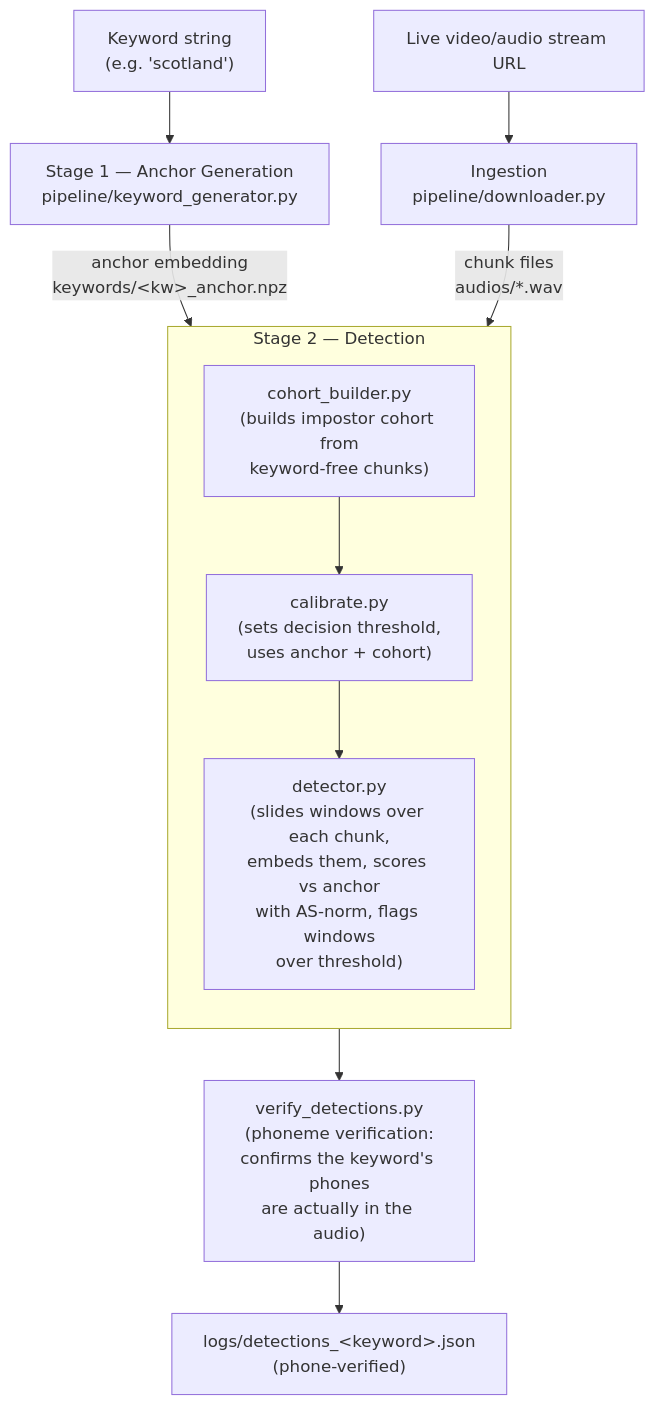
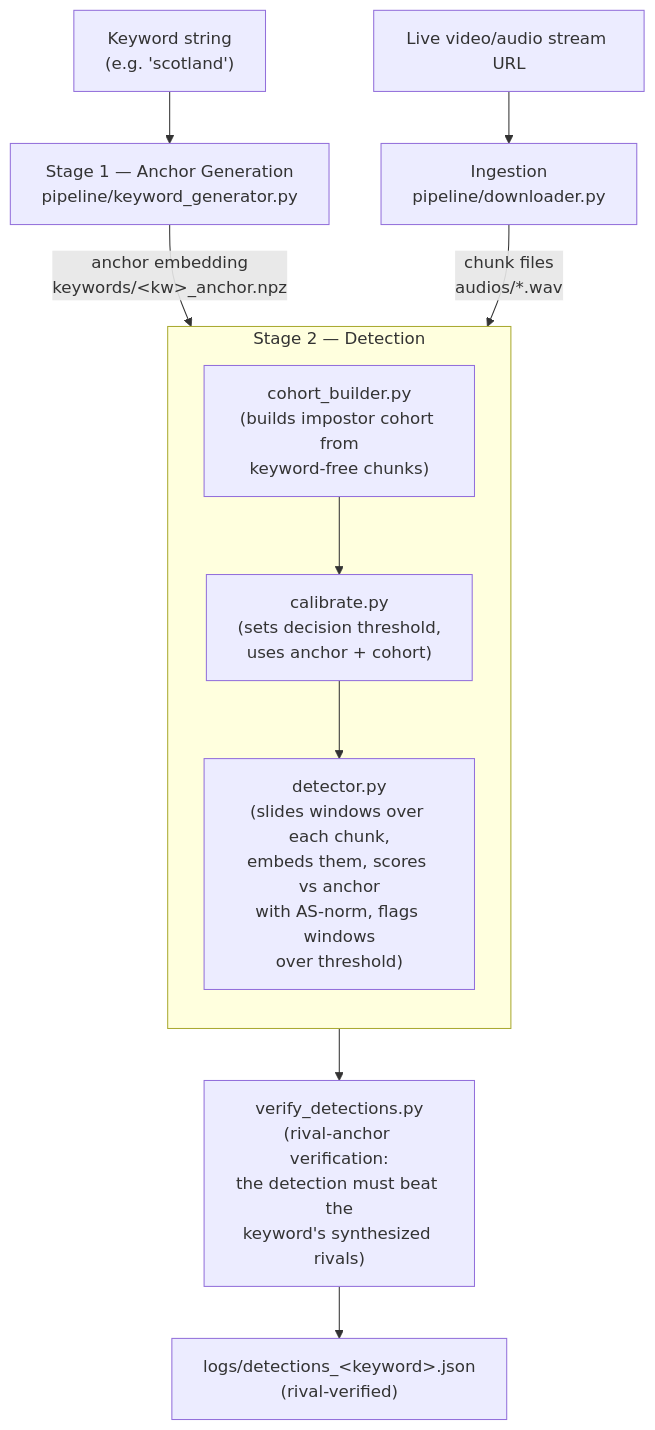
One commit to Fawwad795/Video-Context-Extraction-System changed the first of 4 diagrams in Siamese_VMS_Project/reports/ARCHITECTURE.md. Above: the diagram before and after it, drawn with Mermaid. The commit also changed other lines of this file and 4 other files, not shown here.

First line of the commit message:
Sync docs with the rival-anchor verification stage.

````diff
--- a/Siamese_VMS_Project/reports/ARCHITECTURE.md
+++ b/Siamese_VMS_Project/reports/ARCHITECTURE.md
@@ -81,22 +84,22 @@
 ```mermaid
 flowchart TD
     KW["Keyword string\n(e.g. 'scotland')"]
     STREAM["Live video/audio stream URL"]
 
     KW --> KG["Stage 1 — Anchor Generation\npipeline/keyword_generator.py"]
     STREAM --> DL["Ingestion\npipeline/downloader.py"]
 
     KG -->|anchor embedding\nkeywords/&lt;kw&gt;_anchor.npz| DET
     DL -->|chunk files\naudios/*.wav| DET
 
     subgraph S2["Stage 2 — Detection"]
         direction TB
         CB["cohort_builder.py\n(builds impostor cohort from\nkeyword-free chunks)"]
         CAL["calibrate.py\n(sets decision threshold,\nuses anchor + cohort)"]
         DET["detector.py\n(slides windows over each chunk,\nembeds them, scores vs anchor\nwith AS-norm, flags windows\nover threshold)"]
         CB --> CAL --> DET
     end
 
-    DET --> VER["verify_detections.py\n(phoneme verification:\nconfirms the keyword's phones\nare actually in the audio)"]
-    VER --> OUT["logs/detections_&lt;keyword&gt;.json\n(phone-verified)"]
+    DET --> VER["verify_detections.py\n(rival-anchor verification:\nthe detection must beat the\nkeyword's synthesized rivals)"]
+    VER --> OUT["logs/detections_&lt;keyword&gt;.json\n(rival-verified)"]
 ```
````
